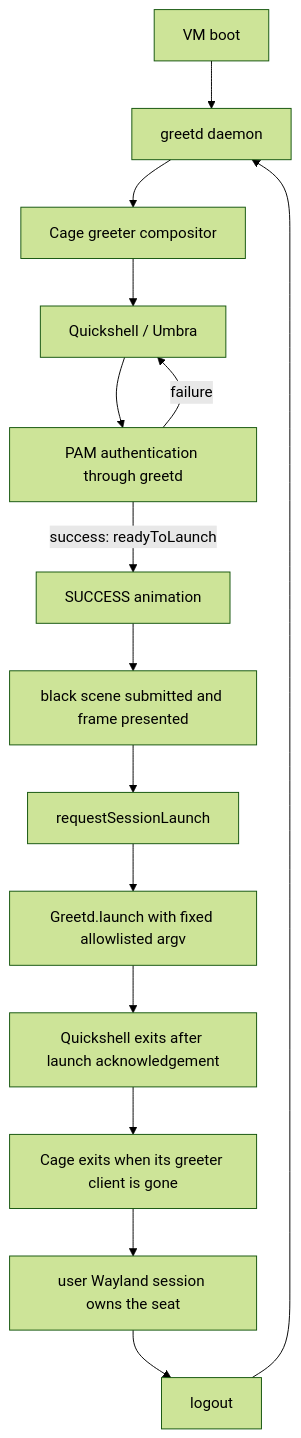
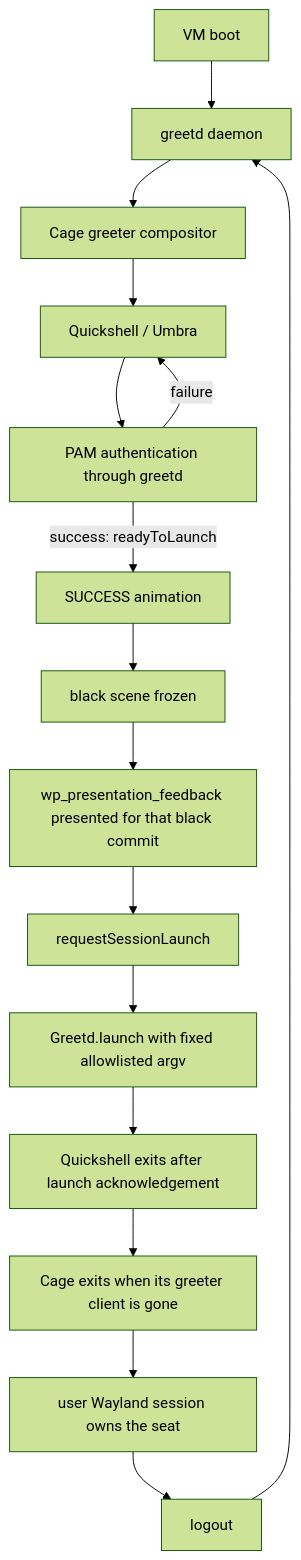
One commit to gustavomfg/nocturne-greeter changed the diagram in docs/REAL_LOGIN_VM_0.8.md. Above: the diagram before and after it, drawn with Mermaid (forest theme). The commit also changed other lines of this file, not shown here.

Commit message:
docs: specify VM launch gate and recovery matrix

````diff
--- a/docs/REAL_LOGIN_VM_0.8.md
+++ b/docs/REAL_LOGIN_VM_0.8.md
@@ -220,17 +250,18 @@
 ```mermaid
 flowchart TD
     A[VM boot] --> B[greetd daemon]
     B --> C[Cage greeter compositor]
     C --> D[Quickshell / Umbra]
     D --> E[PAM authentication through greetd]
     E -->|failure| D
     E -->|success: readyToLaunch| F[SUCCESS animation]
-    F --> G[black scene submitted and frame presented]
-    G --> H[requestSessionLaunch]
+    F --> G[black scene frozen]
+    G --> G2[wp_presentation_feedback presented for that black commit]
+    G2 --> H[requestSessionLaunch]
     H --> I[Greetd.launch with fixed allowlisted argv]
     I --> J[Quickshell exits after launch acknowledgement]
     J --> K[Cage exits when its greeter client is gone]
     K --> L[user Wayland session owns the seat]
     L --> M[logout]
     M --> B
 ```
````
